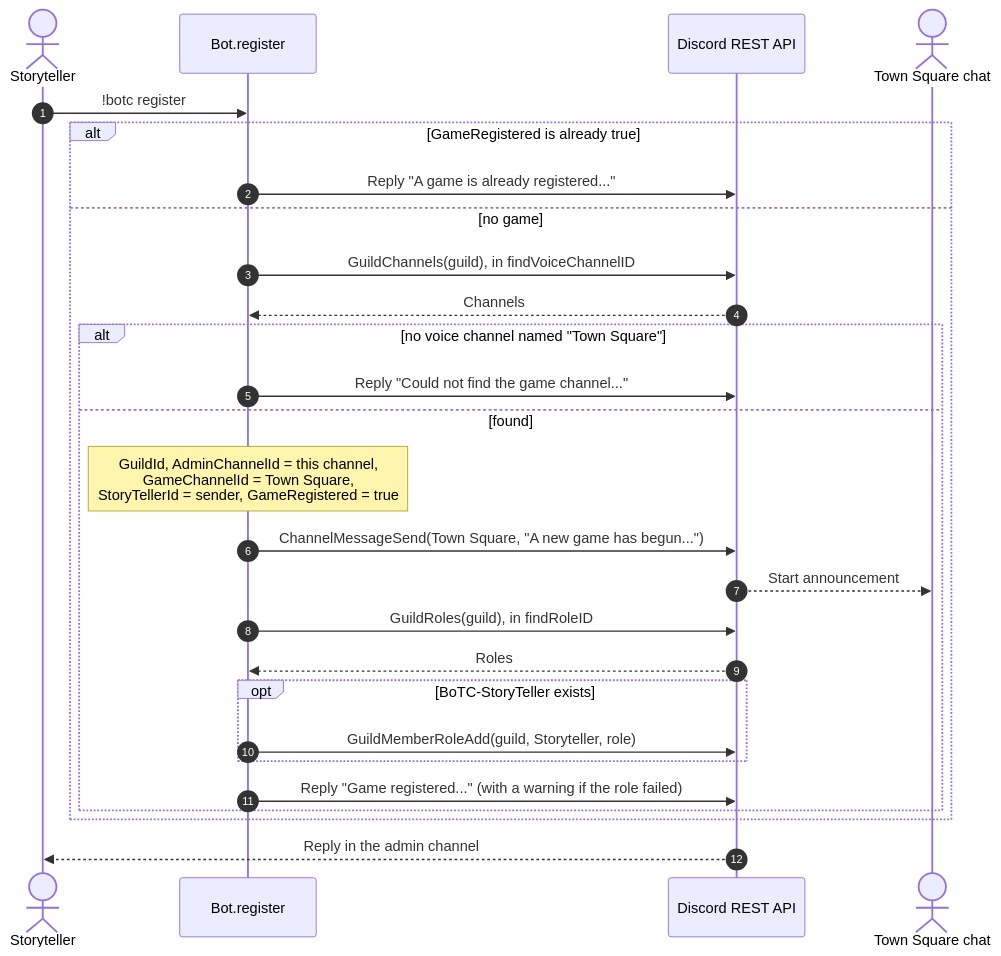
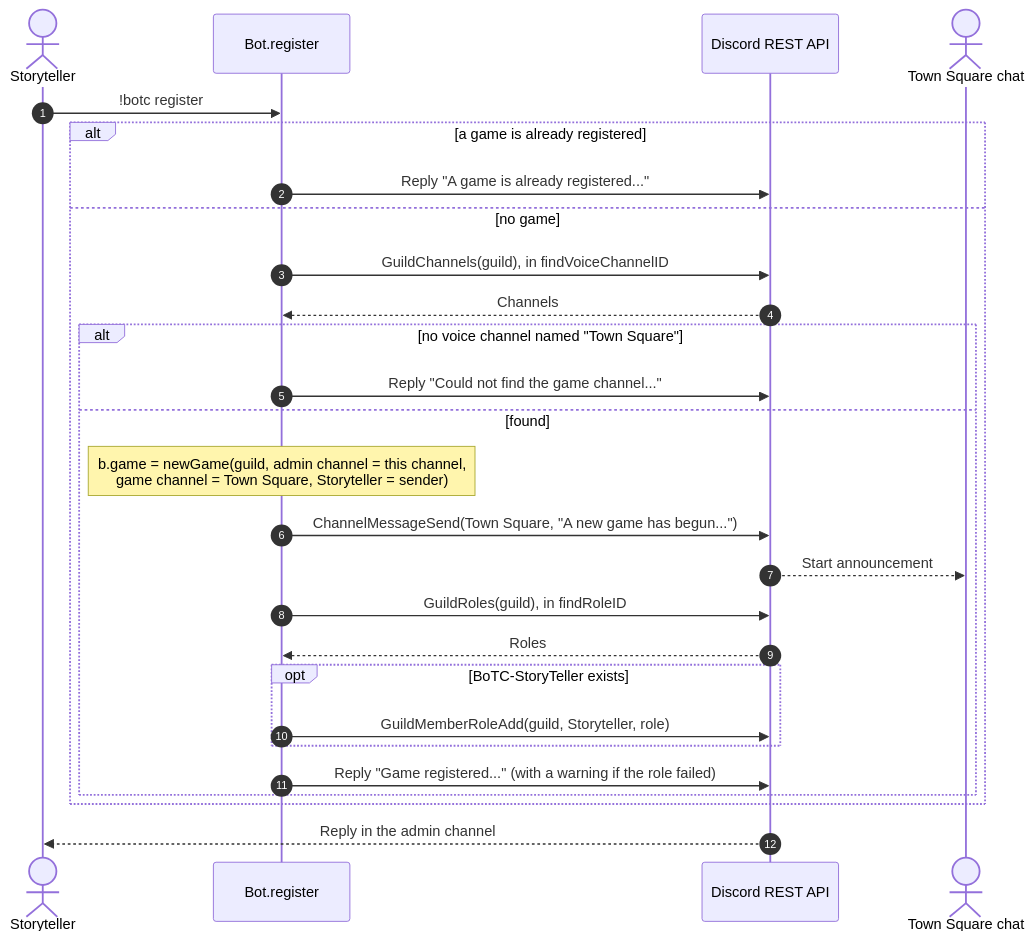
Before and after one commit to RAGNOARAKNOS/BotOnTheClocktower: the second of 6 diagrams in docs/uml/game-lifecycle.md, drawn with Mermaid. The commit also changed other lines of this file and 13 other files, not shown here.

````diff
--- a/docs/uml/game-lifecycle.md
+++ b/docs/uml/game-lifecycle.md
@@ -37,30 +37,30 @@
 ```mermaid
 sequenceDiagram
     autonumber
     actor ST as Storyteller
     participant Bot as Bot.register
     participant REST as Discord REST API
     actor Town as Town Square chat
 
     ST->>Bot: !botc register
-    alt GameRegistered is already true
+    alt a game is already registered
         Bot->>REST: Reply "A game is already registered..."
     else no game
         Bot->>REST: GuildChannels(guild), in findVoiceChannelID
         REST-->>Bot: Channels
         alt no voice channel named "Town Square"
             Bot->>REST: Reply "Could not find the game channel..."
         else found
-            Note over Bot: GuildId, AdminChannelId = this channel,<br/>GameChannelId = Town Square,<br/>StoryTellerId = sender, GameRegistered = true
+            Note over Bot: b.game = newGame(guild, admin channel = this channel,<br/>game channel = Town Square, Storyteller = sender)
             Bot->>REST: ChannelMessageSend(Town Square, "A new game has begun...")
             REST-->>Town: Start announcement
             Bot->>REST: GuildRoles(guild), in findRoleID
             REST-->>Bot: Roles
             opt BoTC-StoryTeller exists
                 Bot->>REST: GuildMemberRoleAdd(guild, Storyteller, role)
             end
             Bot->>REST: Reply "Game registered..." (with a warning if the role failed)
         end
     end
     REST-->>ST: Reply in the admin channel
 ```
````
